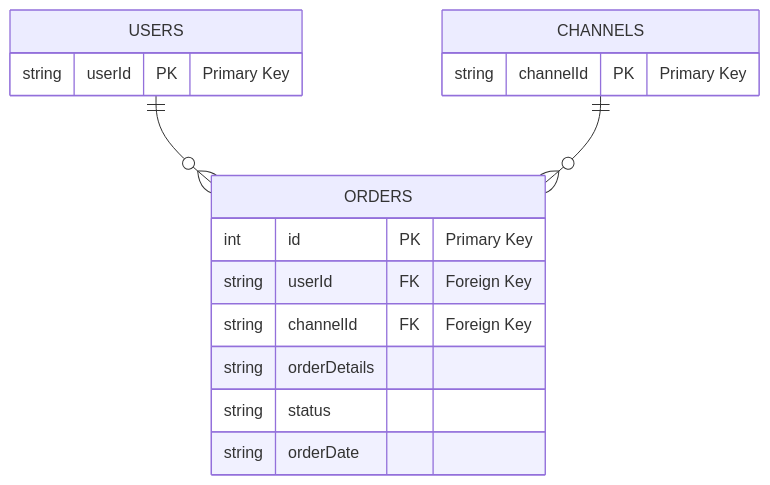
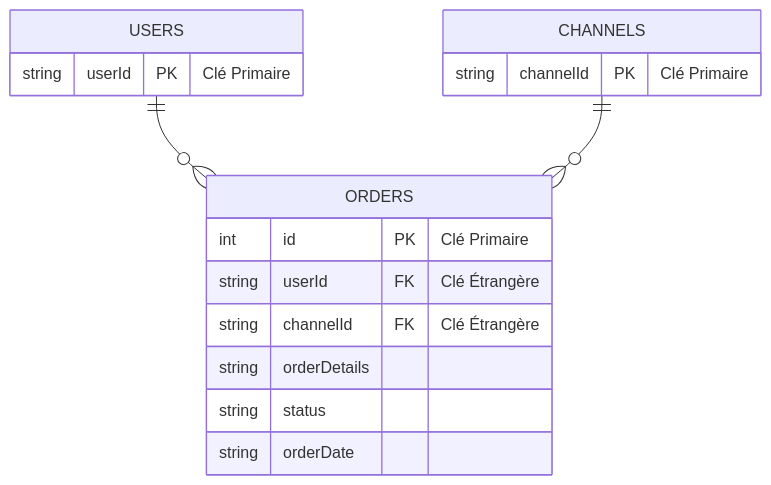
One commit to Pers8/obsidian-files changed the diagram in IA Comp Sci C-B.md. Above: the diagram before and after it, drawn with Mermaid. The commit also changed other lines of this file, not shown here.

Commit message:
vault backup: 2024-04-04 19:44:59

````diff
--- a/IA Comp Sci C-B.md
+++ b/IA Comp Sci C-B.md
@@ -89,37 +90,37 @@
 ```mermaid
 erDiagram
 
     USERS {
 
-        string userId PK "Primary Key"
+        string userId PK "Clé Primaire"
 
     }
 
     CHANNELS {
 
-        string channelId PK "Primary Key"
+        string channelId PK "Clé Primaire"
 
     }
 
     ORDERS {
 
-        int id PK "Primary Key"
+        int id PK "Clé Primaire"
 
-        string userId FK "Foreign Key"
+        string userId FK "Clé Étrangère"
 
-        string channelId FK "Foreign Key"
+        string channelId FK "Clé Étrangère"
 
         string orderDetails
 
         string status
 
         string orderDate
 
     }
 
   
 
     USERS ||--o{ ORDERS : ""
 
     CHANNELS ||--o{ ORDERS : ""
 ```
````
